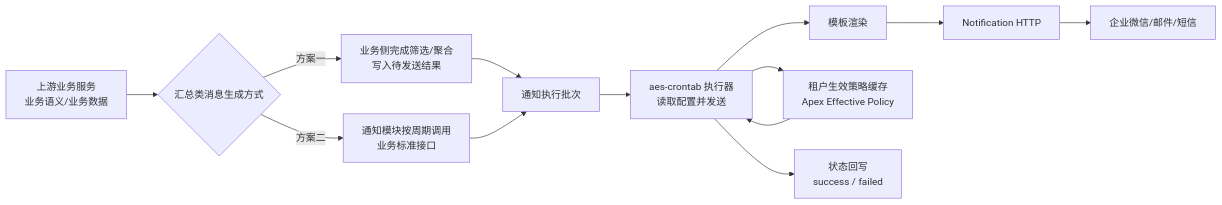
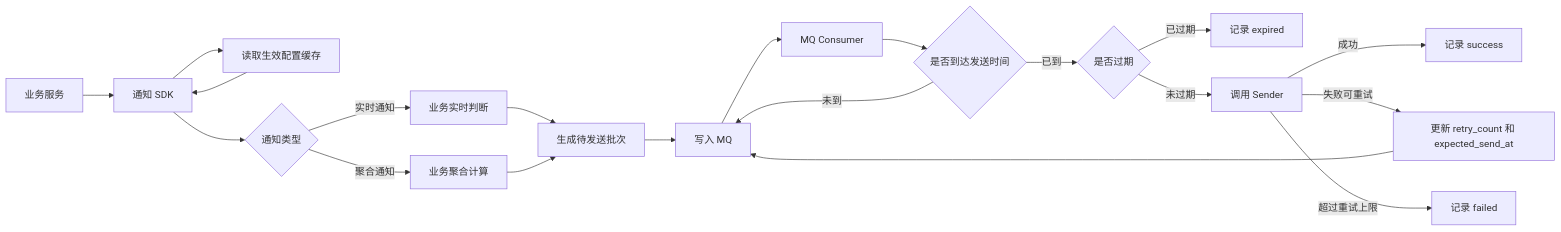
The first of 2 diagrams in AES通知执行层总体评审方案.md (zongqir/work), drawn with Mermaid before and after one commit. The commit also changed other lines of this file and 4 other files, not shown here.

````diff
--- a/AES通知执行层总体评审方案.md
+++ b/AES通知执行层总体评审方案.md
@@ -136,15 +125,22 @@
 ```mermaid
 flowchart LR
-    A[上游业务服务\n业务语义/业务数据] --> B{汇总类消息生成方式}
-    B -->|方案一| C1[业务侧完成筛选/聚合\n写入待发送结果]
-    B -->|方案二| C2[通知模块按周期调用\n业务标准接口]
-    C1 --> D[通知执行批次]
-    C2 --> D
-    D --> E[aes-crontab 执行器\n读取配置并发送]
-    E --> F[模板渲染]
-    E --> G[租户生效策略缓存\nApex Effective Policy]
-    F --> H[Notification HTTP]
-    G --> E
-    H --> I[企业微信/邮件/短信]
-    E --> J[状态回写\nsuccess / failed]
+    A[业务服务] --> B[通知 SDK]
+    B --> C[读取生效配置缓存]
+    C --> B
+    B --> D{通知类型}
+    D -->|实时通知| E[业务实时判断]
+    D -->|聚合通知| F[业务聚合计算]
+    E --> G[生成待发送批次]
+    F --> G
+    G --> H[写入 MQ]
+    H --> I[MQ Consumer]
+    I --> J{是否到达发送时间}
+    J -->|未到| H
+    J -->|已到| K{是否过期}
+    K -->|已过期| L[记录 expired]
+    K -->|未过期| M[调用 Sender]
+    M -->|成功| N[记录 success]
+    M -->|失败可重试| O[更新 retry_count 和 expected_send_at]
+    O --> H
+    M -->|超过重试上限| P[记录 failed]
 ```
````
